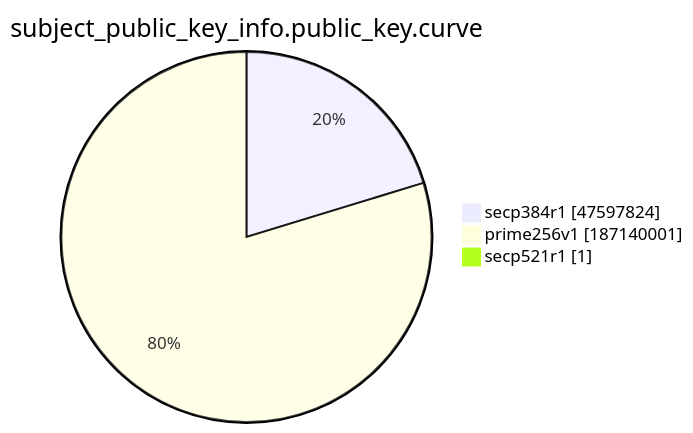
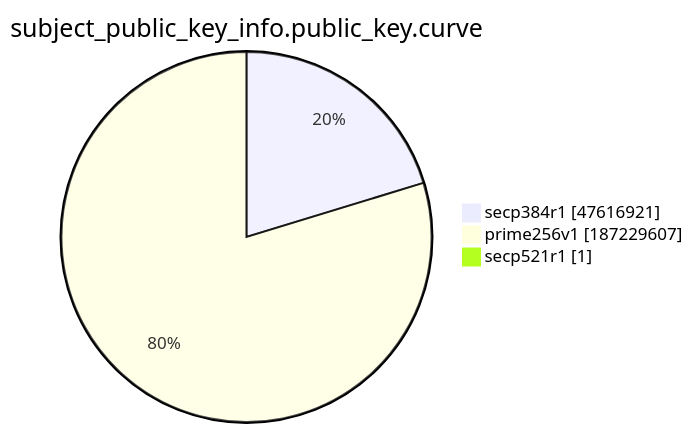
The ninth of 15 diagrams in xenon2022/README.md (christiankrug/ctmonitor_visualization), drawn with Mermaid before and after one commit. The commit also changed other lines of this file, not shown here.

````diff
--- a/xenon2022/README.md
+++ b/xenon2022/README.md
@@ -2874,7 +2874,7 @@
 ```mermaid
 pie showData
 title subject_public_key_info.public_key.curve
-"secp384r1" :47597824
-"prime256v1" :187140001
+"secp384r1" :47616921
+"prime256v1" :187229607
 "secp521r1" :1
 ```
````
